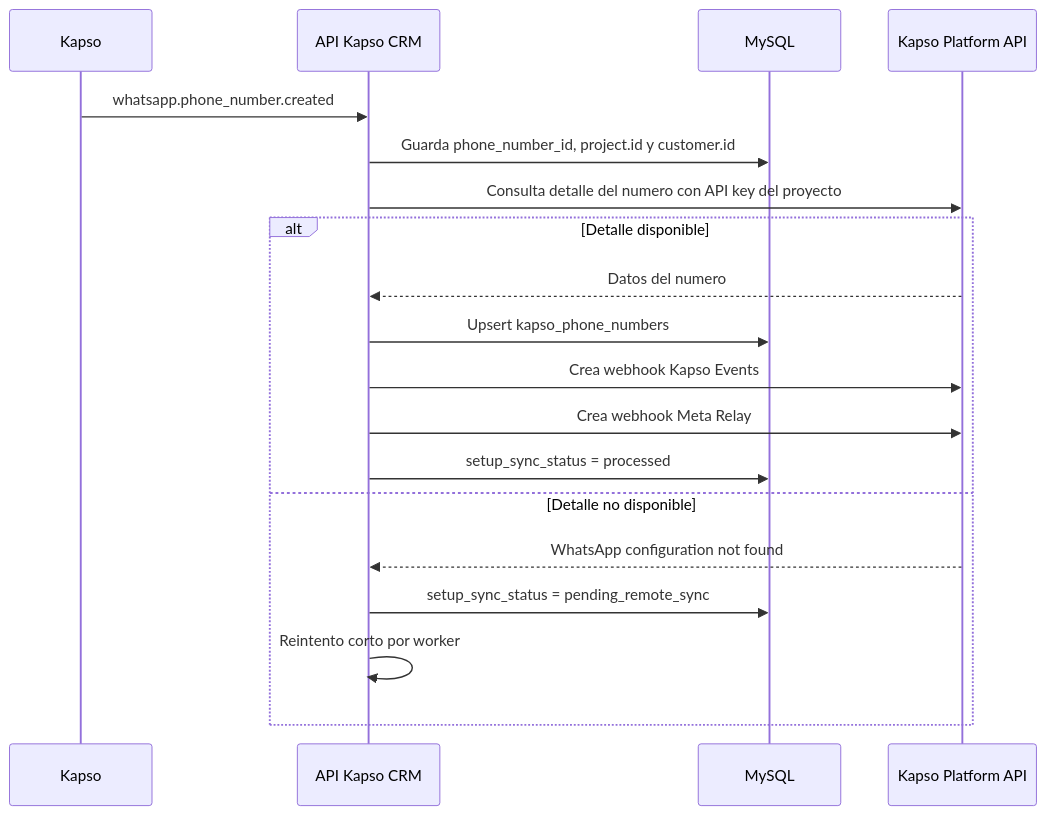
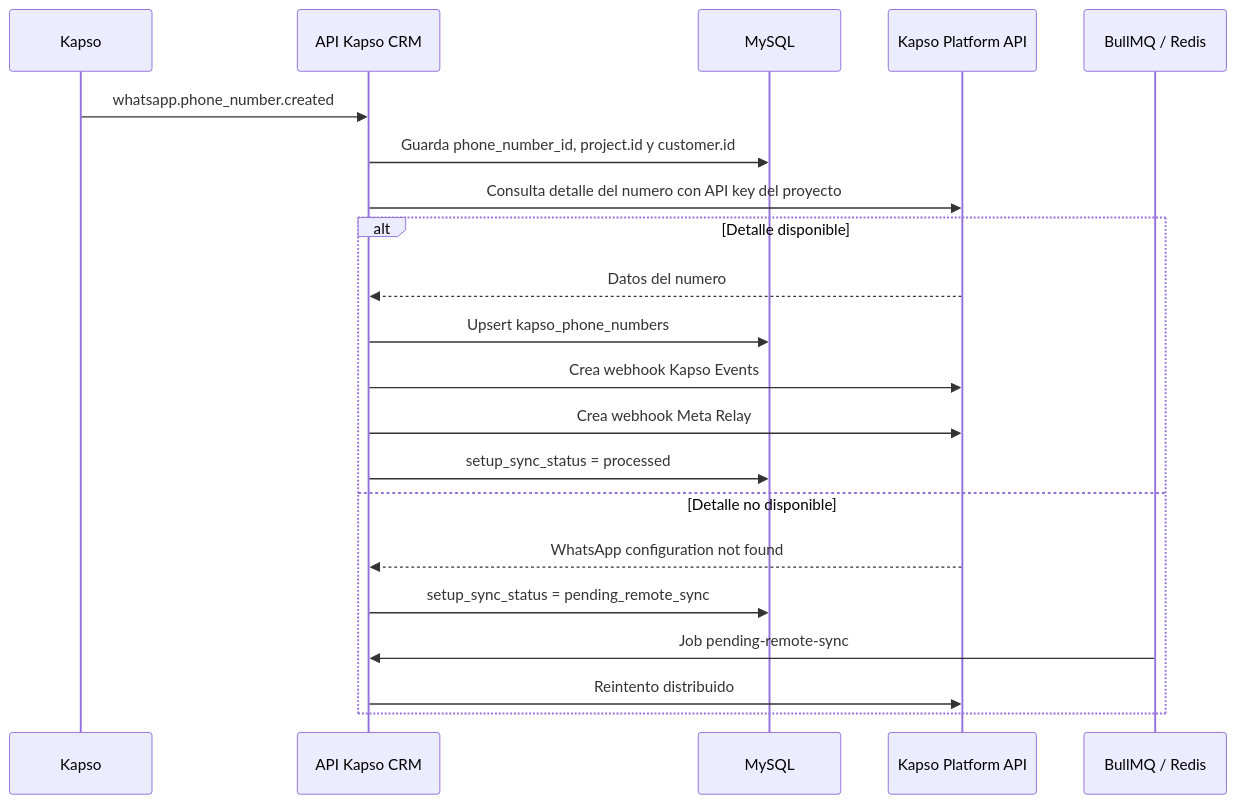
Before and after one commit to roccacr/CRM_VENTAS: the seventh of 18 diagrams in README.md, drawn with Mermaid. The commit also changed other lines of this file and 71 other files, not shown here.

````diff
--- a/README.md
+++ b/README.md
@@ -243,22 +506,24 @@
 ```mermaid
 sequenceDiagram
   participant K as Kapso
   participant API as API Kapso CRM
   participant DB as MySQL
   participant KP as Kapso Platform API
+  participant Q as BullMQ / Redis
 
   K->>API: whatsapp.phone_number.created
   API->>DB: Guarda phone_number_id, project.id y customer.id
   API->>KP: Consulta detalle del numero con API key del proyecto
   alt Detalle disponible
     KP-->>API: Datos del numero
     API->>DB: Upsert kapso_phone_numbers
     API->>KP: Crea webhook Kapso Events
     API->>KP: Crea webhook Meta Relay
     API->>DB: setup_sync_status = processed
   else Detalle no disponible
     KP-->>API: WhatsApp configuration not found
     API->>DB: setup_sync_status = pending_remote_sync
-    API->>API: Reintento corto por worker
+    Q->>API: Job pending-remote-sync
+    API->>KP: Reintento distribuido
   end
 ```
````
